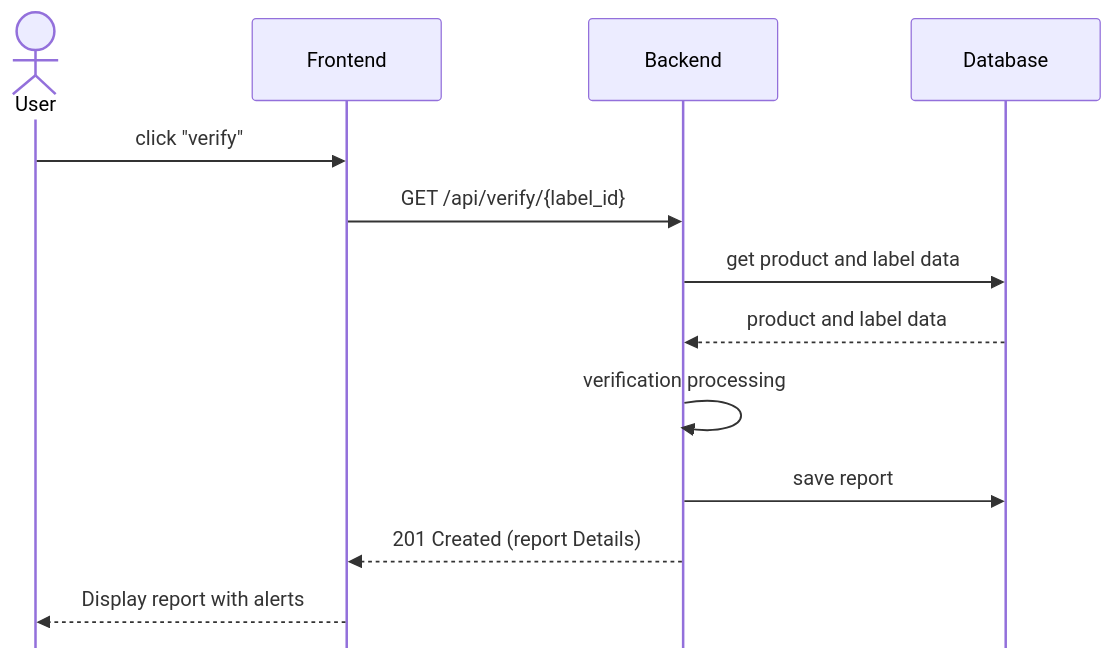
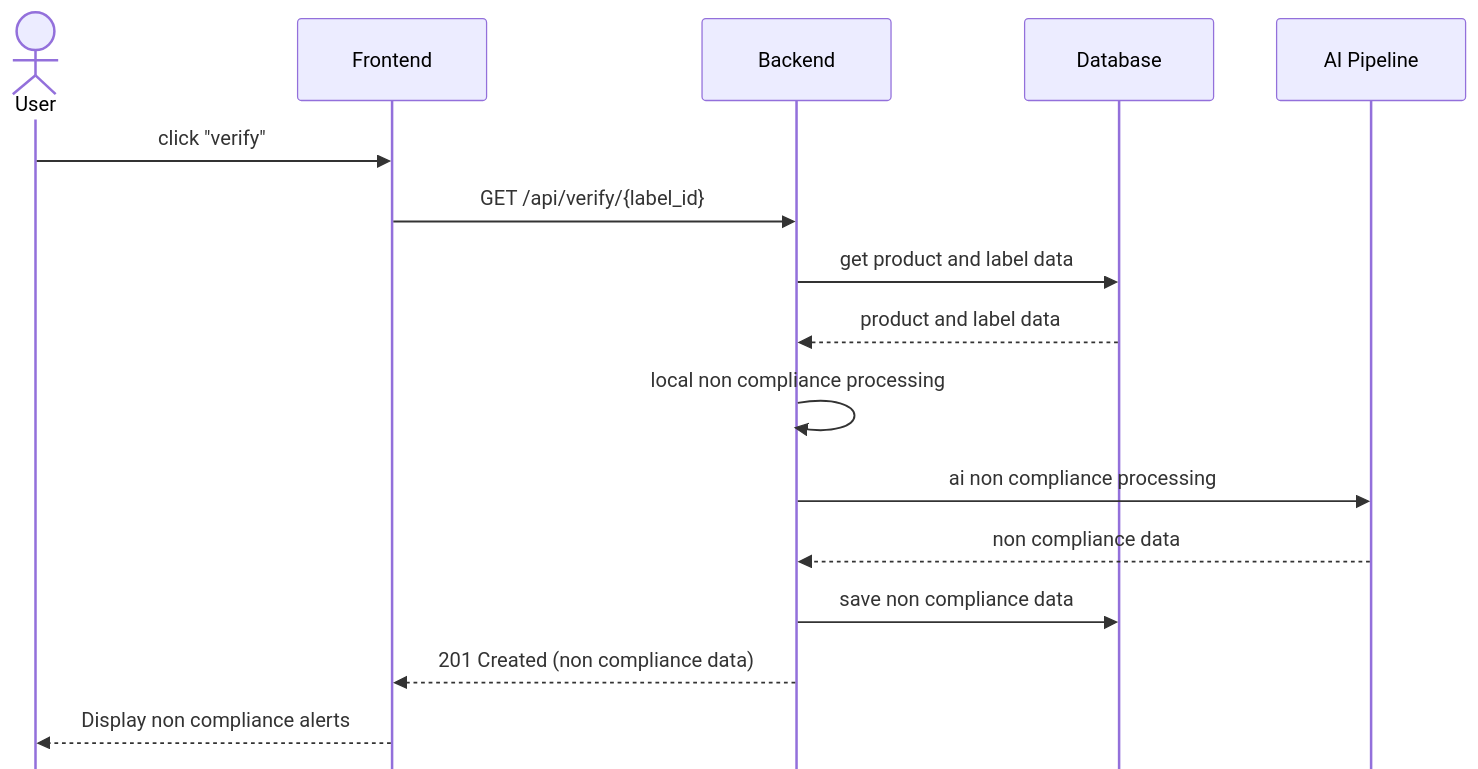
Before and after one commit to ai-cfia/fertiscan: the diagram in docs/compliance/design.md, drawn with Mermaid. The commit also changed other lines of this file, not shown here.

Commit message:
Update design document for compliance processing

````diff
--- a/docs/compliance/design.md
+++ b/docs/compliance/design.md
@@ -5,22 +5,25 @@
 ```mermaid
 %%{init: { "sequence": { "mirrorActors": false } }}%%
 sequenceDiagram
     actor usr as User
     participant fe as Frontend
     participant be as Backend
     participant db as Database
+    participant ai as AI Pipeline
+
     usr ->> fe : click "verify"
     fe ->> be : GET /api/verify/{label_id}
-
 
     be ->> db : get product and label data
     db -->> be : product and label data
 
-    be ->> be : verification processing
+    be ->> be : local non compliance processing
+    be ->> ai : ai non compliance processing
+    ai -->> be : non compliance data
 
-    be ->> db : save report
+    be ->> db : save non compliance data
 
-    be -->> fe: 201 Created (report Details)
+    be -->> fe: 201 Created (non compliance data)
 
-    fe -->> usr: Display report with alerts
+    fe -->> usr: Display non compliance alerts
 ```
````
